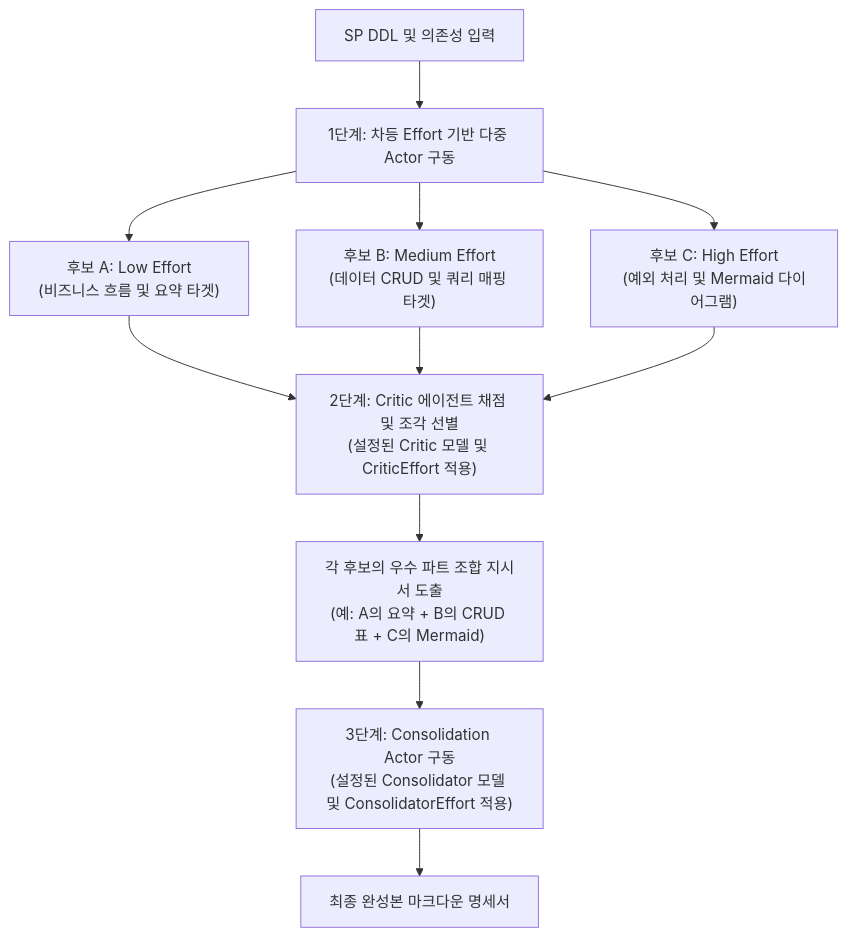
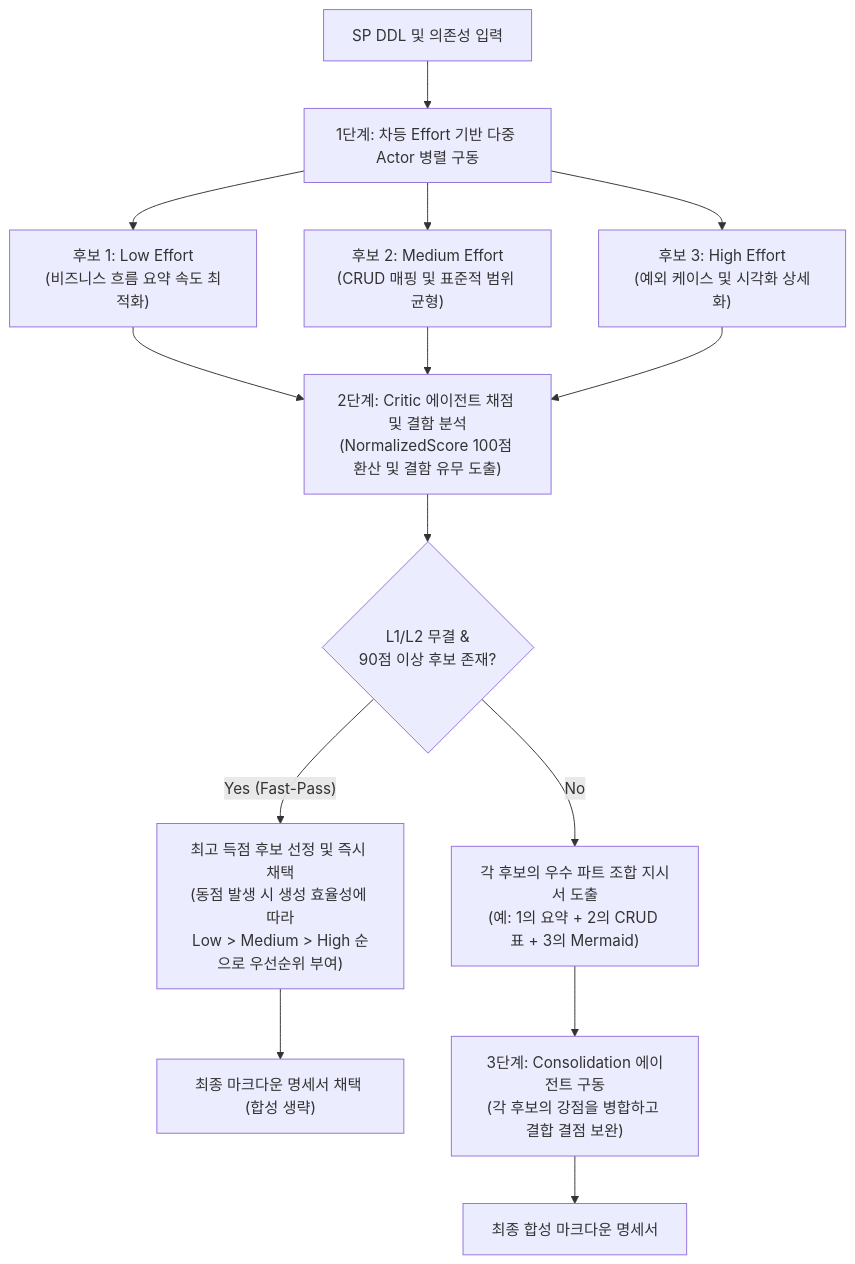
Before and after one commit to moondae815/sp-reverse-engineering: the third of 4 diagrams in docs/architecture.md, drawn with Mermaid. The commit also changed other lines of this file, not shown here.

Commit message:
docs: 최고 득점자 Fast-Pass 채택에 맞춘 Level 2 Actor-Critic 아키텍처 문서 업데이트

````diff
--- a/docs/architecture.md
+++ b/docs/architecture.md
@@ -276,16 +276,20 @@
 ```mermaid
 graph TD
-    Start["SP DDL 및 의존성 입력"] --> Sampler["1단계: 차등 Effort 기반 다중 Actor 구동"]
+    Start["SP DDL 및 의존성 입력"] --> Sampler["1단계: 차등 Effort 기반 다중 Actor 병렬 구동"]
     
-    Sampler --> ActorA["후보 A: Low Effort<br/>(비즈니스 흐름 및 요약 타겟)"]
-    Sampler --> ActorB["후보 B: Medium Effort<br/>(데이터 CRUD 및 쿼리 매핑 타겟)"]
-    Sampler --> ActorC["후보 C: High Effort<br/>(예외 처리 및 Mermaid 다이어그램)"]
+    Sampler --> ActorA["후보 1: Low Effort<br/>(비즈니스 흐름 요약 속도 최적화)"]
+    Sampler --> ActorB["후보 2: Medium Effort<br/>(CRUD 매핑 및 표준적 범위 균형)"]
+    Sampler --> ActorC["후보 3: High Effort<br/>(예외 케이스 및 시각화 상세화)"]
     
-    ActorA & ActorB & ActorC --> CriticEvaluator["2단계: Critic 에이전트 채점 및 조각 선별<br/>(설정된 Critic 모델 및 CriticEffort 적용)"]
+    ActorA & ActorB & ActorC --> CriticEvaluator["2단계: Critic 에이전트 채점 및 결함 분석<br/>(NormalizedScore 100점 환산 및 결함 유무 도출)"]
     
-    CriticEvaluator --> BestSections["각 후보의 우수 파트 조합 지시서 도출<br/>(예: A의 요약 + B의 CRUD 표 + C의 Mermaid)"]
+    CriticEvaluator --> CheckFastPass{"L1/L2 무결 &<br/>90점 이상 후보 존재?"}
     
-    BestSections --> Consolidator["3단계: Consolidation Actor 구동<br/>(설정된 Consolidator 모델 및 ConsolidatorEffort 적용)"]
+    CheckFastPass -- "Yes (Fast-Pass)" --> ChooseBest["최고 득점 후보 선정 및 즉시 채택<br/>(동점 발생 시 생성 효율성에 따라<br/>Low > Medium > High 순으로 우선순위 부여)"] --> SuccessOutput["최종 마크다운 명세서 채택 (합성 생략)"]
     
-    Consolidator --> Output["최종 완성본 마크다운 명세서"]
+    CheckFastPass -- "No" --> BestSections["각 후보의 우수 파트 조합 지시서 도출<br/>(예: 1의 요약 + 2의 CRUD 표 + 3의 Mermaid)"]
+    
+    BestSections --> Consolidator["3단계: Consolidation 에이전트 구동<br/>(각 후보의 강점을 병합하고 결합 결점 보완)"]
+    
+    Consolidator --> ConsOutput["최종 합성 마크다운 명세서"]
 ```
````
